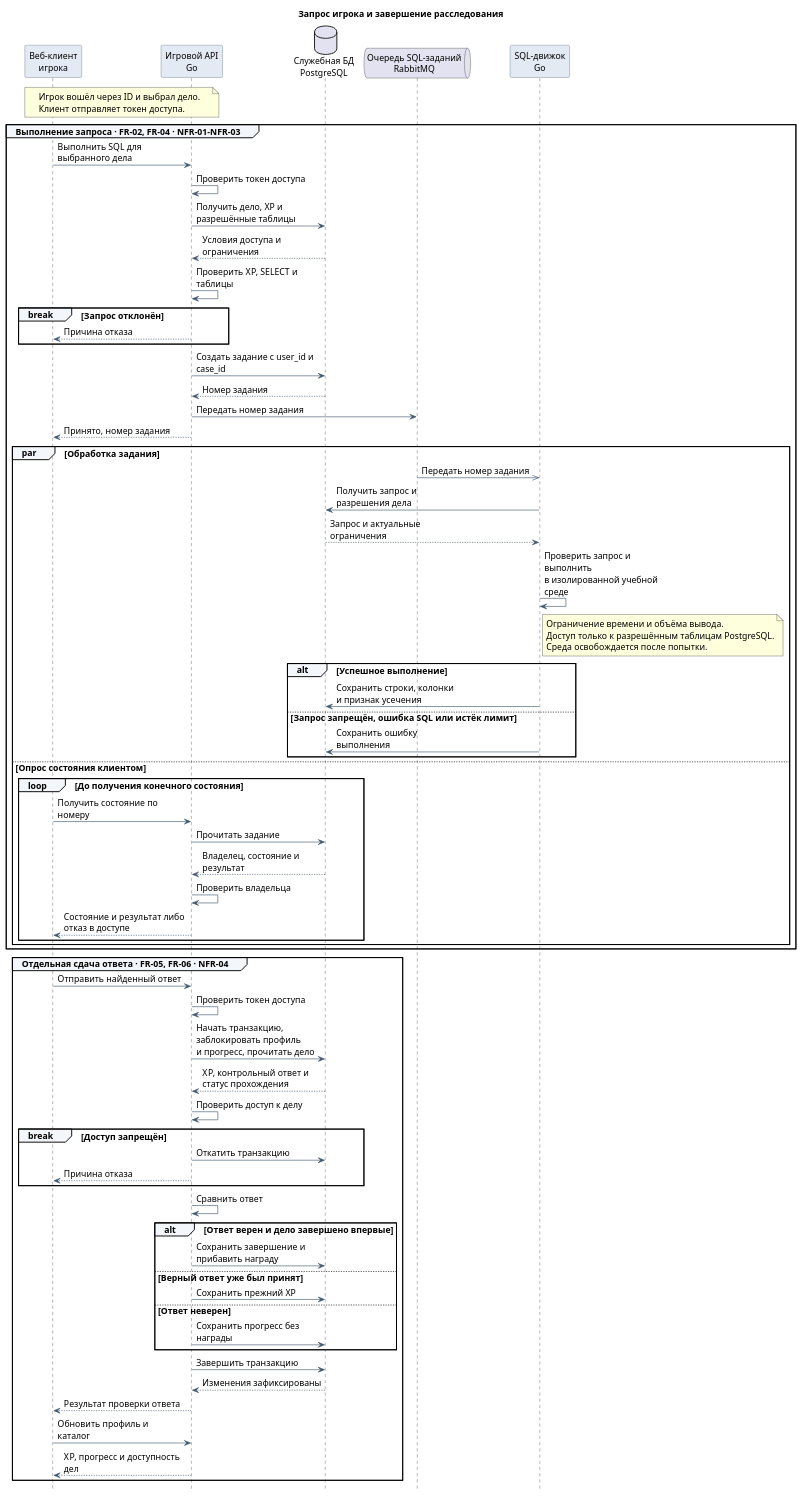
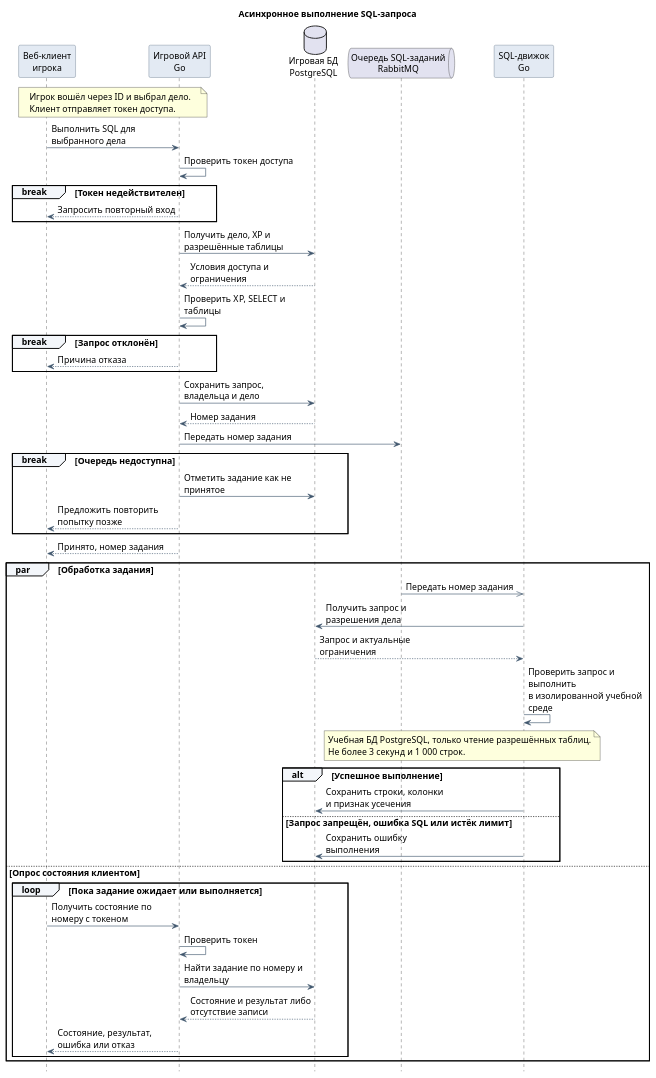
The diagram in assets/query-sequence.puml (cicada-pops/vkr), drawn with PlantUML before and after one commit. The commit also changed 16 other files, not shown here.

```diff
--- a/assets/query-sequence.puml
+++ b/assets/query-sequence.puml
@@ -1,84 +1,64 @@
 @startuml
 skinparam defaultFontName Arial
 skinparam defaultFontSize 14
 skinparam backgroundColor white
 skinparam shadowing false
 skinparam ArrowColor #40566D
 skinparam sequenceParticipantBackgroundColor #E3EAF3
 skinparam sequenceParticipantBorderColor #40566D
 skinparam sequenceGroupBackgroundColor #F3F6FA
 skinparam maxMessageSize 200
 hide footbox
-title Запрос игрока и завершение расследования
+title Асинхронное выполнение SQL-запроса
 participant "Веб-клиент\nигрока" as Client
 participant "Игровой API\nGo" as API
-database "Служебная БД\nPostgreSQL" as DB
+database "Игровая БД\nPostgreSQL" as DB
 queue "Очередь SQL-заданий\nRabbitMQ" as Queue
 participant "SQL-движок\nGo" as Engine
 note over Client, API
   Игрок вошёл через ID и выбрал дело.
   Клиент отправляет токен доступа.
 end note
-group Выполнение запроса · FR-02, FR-04 · NFR-01–NFR-03
 Client -> API : Выполнить SQL для выбранного дела
 API -> API : Проверить токен доступа
+break Токен недействителен
+  API --> Client : Запросить повторный вход
+end
 API -> DB : Получить дело, XP и разрешённые таблицы
 DB --> API : Условия доступа и ограничения
 API -> API : Проверить XP, SELECT и таблицы
 break Запрос отклонён
   API --> Client : Причина отказа
 end
-API -> DB : Создать задание с user_id и case_id
+API -> DB : Сохранить запрос, владельца и дело
 DB --> API : Номер задания
 API -> Queue : Передать номер задания
+break Очередь недоступна
+  API -> DB : Отметить задание как не принятое
+  API --> Client : Предложить повторить попытку позже
+end
 API --> Client : Принято, номер задания
 par Обработка задания
 Queue ->> Engine : Передать номер задания
 Engine -> DB : Получить запрос и разрешения дела
 DB --> Engine : Запрос и актуальные ограничения
 Engine -> Engine : Проверить запрос и выполнить\nв изолированной учебной среде
-note right of Engine
-  Ограничение времени и объёма вывода.
-  Доступ только к разрешённым таблицам PostgreSQL.
-  Среда освобождается после попытки.
+note over Queue, Engine
+  Учебная БД PostgreSQL, только чтение разрешённых таблиц.
+  Не более 3 секунд и 1 000 строк.
 end note
 alt Успешное выполнение
   Engine -> DB : Сохранить строки, колонки и признак усечения
 else Запрос запрещён, ошибка SQL или истёк лимит
   Engine -> DB : Сохранить ошибку выполнения
 end
 else Опрос состояния клиентом
-loop До получения конечного состояния
-  Client -> API : Получить состояние по номеру
-  API -> DB : Прочитать задание
-  DB --> API : Владелец, состояние и результат
-  API -> API : Проверить владельца
-  API --> Client : Состояние и результат либо отказ в доступе
+loop Пока задание ожидает или выполняется
+  Client -> API : Получить состояние по номеру с токеном
+  API -> API : Проверить токен
+  API -> DB : Найти задание по номеру и владельцу
+  DB --> API : Состояние и результат либо отсутствие записи
+  API --> Client : Состояние, результат, ошибка или отказ
 end
 end
-end
-group Отдельная сдача ответа · FR-05, FR-06 · NFR-04
-Client -> API : Отправить найденный ответ
-API -> API : Проверить токен доступа
-API -> DB : Начать транзакцию, заблокировать профиль\nи прогресс, прочитать дело
-DB --> API : XP, контрольный ответ и статус прохождения
-API -> API : Проверить доступ к делу
-break Доступ запрещён
-  API -> DB : Откатить транзакцию
-  API --> Client : Причина отказа
-end
-API -> API : Сравнить ответ
-alt Ответ верен и дело завершено впервые
-  API -> DB : Сохранить завершение и прибавить награду
-else Верный ответ уже был принят
-  API -> DB : Сохранить прежний XP
-else Ответ неверен
-  API -> DB : Сохранить прогресс без награды
-end
-API -> DB : Завершить транзакцию
-DB --> API : Изменения зафиксированы
-API --> Client : Результат проверки ответа
-Client -> API : Обновить профиль и каталог
-API --> Client : XP, прогресс и доступность дел
-end
 @enduml
```
